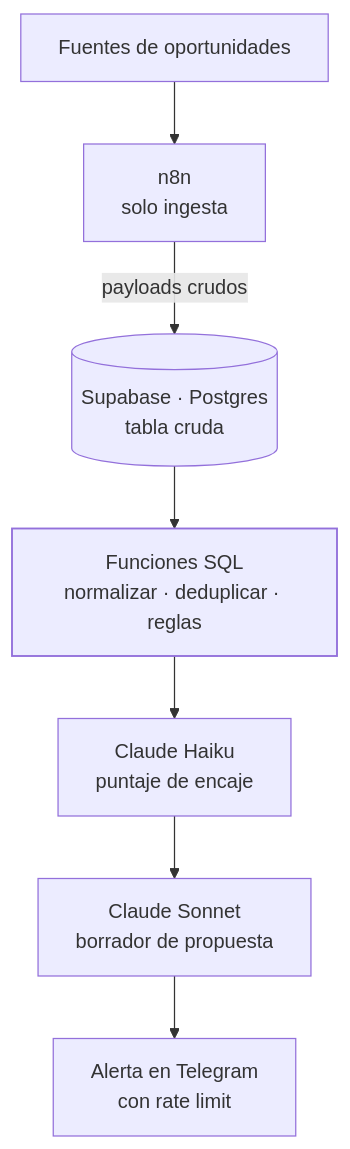
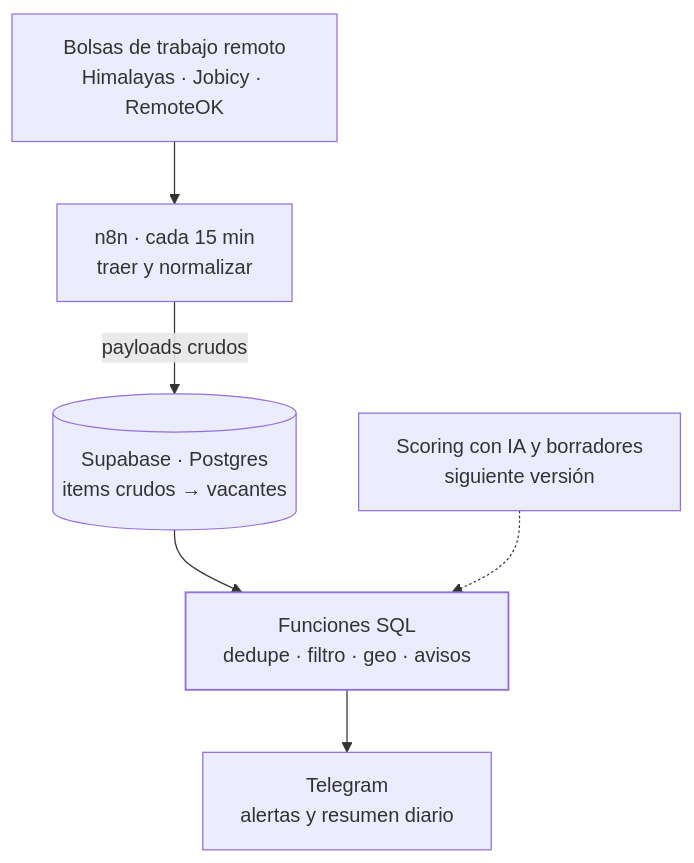
One commit to BLOW3ED/dev-portfolio changed the diagram in content/es/work/autojob.mdx. Above: the diagram before and after it, drawn with Mermaid. The commit also changed other lines of this file and 38 other files, not shown here.

````diff
--- a/content/es/work/autojob.mdx
+++ b/content/es/work/autojob.mdx
@@ -37,15 +35,14 @@
 ```mermaid
 flowchart TB
   accTitle: Arquitectura de AutoJob
-  accDescr: n8n trae las oportunidades de las fuentes y escribe los payloads crudos en Supabase. Todas las reglas de negocio corren como funciones SQL en Postgres, incluida la deduplicación con un hash canónico generado. Claude Haiku califica las oportunidades, Claude Sonnet redacta los borradores y las alertas salen por Telegram con control de rate limit.
+  accDescr: Cada 15 minutos n8n trae vacantes de bolsas de trabajo remoto públicas, las normaliza y entrega los payloads crudos a funciones SQL en Postgres de Supabase. Las funciones SQL deduplican con un hash generado, filtran cada vacante y deciden si se vuelve una alerta individual o una línea del resumen diario. n8n entrega a Telegram, con control de rate limit, los mensajes que SQL ya redactó. El scoring con IA y los borradores de propuesta son la siguiente versión y solo verán las vacantes que pasen las reglas SQL.
 
-  SRC["Fuentes de oportunidades"] --> N8N["n8n<br/>solo ingesta"]
-  N8N -->|payloads crudos| RAW[("Supabase · Postgres<br/>tabla cruda")]
-  RAW --> SQL["Funciones SQL<br/>normalizar · deduplicar · reglas"]
-  SQL --> SCORE["Claude Haiku<br/>puntaje de encaje"]
-  SCORE --> DRAFT["Claude Sonnet<br/>borrador de propuesta"]
-  DRAFT --> TG["Alerta en Telegram<br/>con rate limit"]
+  SRC["Bolsas de trabajo remoto<br/>Himalayas · Jobicy · RemoteOK"] --> N8N["n8n · cada 15 min<br/>traer y normalizar"]
+  N8N -->|payloads crudos| DB[("Supabase · Postgres<br/>items crudos → vacantes")]
+  DB --> SQL["Funciones SQL<br/>dedupe · filtro · geo · avisos"]
+  SQL --> TG["Telegram<br/>alertas y resumen diario"]
+  AI["Scoring con IA y borradores<br/>siguiente versión"] -.-> SQL
 
   classDef truth stroke-width:1.5px
   class SQL truth
 ```
````
